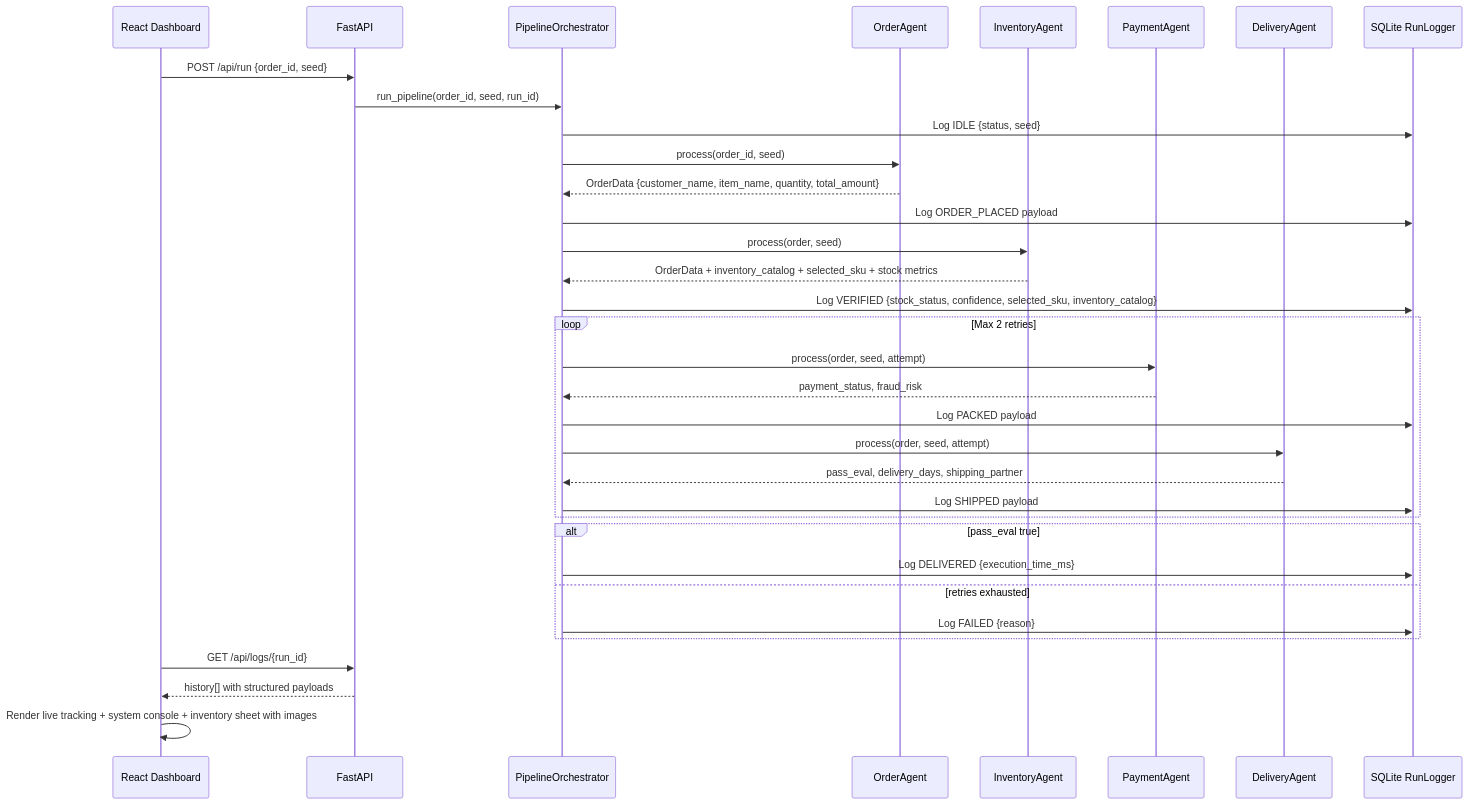
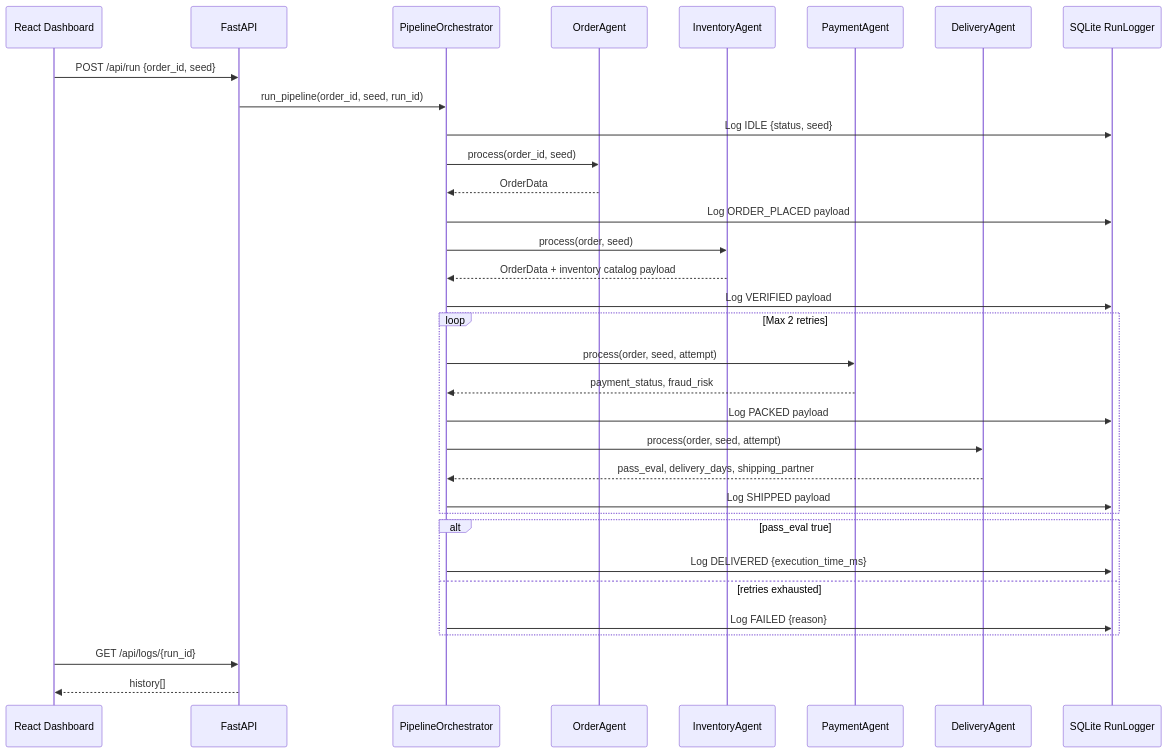
The diagram in README.md (VARDHAN2254/E-commerce-Order-Processing-System), drawn with Mermaid before and after one commit. The commit also changed other lines of this file, not shown here.

````diff
--- a/README.md
+++ b/README.md
@@ -22,44 +106,43 @@
 ```mermaid
 sequenceDiagram
     participant UI as React Dashboard
     participant API as FastAPI
     participant Orch as PipelineOrchestrator
     participant OrderA as OrderAgent
     participant InvA as InventoryAgent
     participant PayA as PaymentAgent
     participant DelA as DeliveryAgent
     participant DB as SQLite RunLogger
 
     UI->>API: POST /api/run {order_id, seed}
     API->>Orch: run_pipeline(order_id, seed, run_id)
 
     Orch->>DB: Log IDLE {status, seed}
 
     Orch->>OrderA: process(order_id, seed)
-    OrderA-->>Orch: OrderData {customer_name, item_name, quantity, total_amount}
+    OrderA-->>Orch: OrderData
     Orch->>DB: Log ORDER_PLACED payload
 
     Orch->>InvA: process(order, seed)
-    InvA-->>Orch: OrderData + inventory_catalog + selected_sku + stock metrics
-    Orch->>DB: Log VERIFIED {stock_status, confidence, selected_sku, inventory_catalog}
+    InvA-->>Orch: OrderData + inventory catalog payload
+    Orch->>DB: Log VERIFIED payload
 
     loop Max 2 retries
         Orch->>PayA: process(order, seed, attempt)
         PayA-->>Orch: payment_status, fraud_risk
         Orch->>DB: Log PACKED payload
 
         Orch->>DelA: process(order, seed, attempt)
         DelA-->>Orch: pass_eval, delivery_days, shipping_partner
         Orch->>DB: Log SHIPPED payload
     end
 
     alt pass_eval true
         Orch->>DB: Log DELIVERED {execution_time_ms}
     else retries exhausted
         Orch->>DB: Log FAILED {reason}
     end
 
     UI->>API: GET /api/logs/{run_id}
-    API-->>UI: history[] with structured payloads
-    UI->>UI: Render live tracking + system console + inventory sheet with images
+    API-->>UI: history[]
 ```
````
